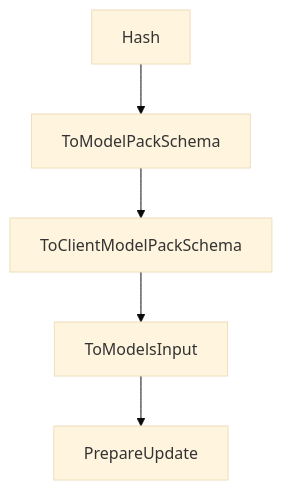
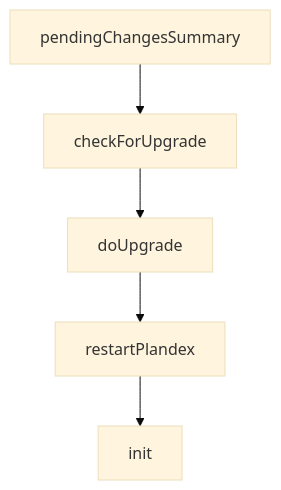
One commit to johnxie/awesome-code-docs changed the diagram in tutorials/plandex-tutorial/04-planning-execution-and-diff-sandbox.md. Above: the diagram before and after it, drawn with Mermaid (base theme). The commit also changed other lines of this file and 1232 other files, not shown here.

````diff
--- a/tutorials/plandex-tutorial/04-planning-execution-and-diff-sandbox.md
+++ b/tutorials/plandex-tutorial/04-planning-execution-and-diff-sandbox.md
@@ -200,12 +198,12 @@
 ```mermaid
 flowchart TD
-    A[Hash]
-    B[ToModelPackSchema]
-    C[ToClientModelPackSchema]
-    D[ToModelsInput]
-    E[PrepareUpdate]
+    A[pendingChangesSummary]
+    B[checkForUpgrade]
+    C[doUpgrade]
+    D[restartPlandex]
+    E[init]
     A --> B
     B --> C
     C --> D
     D --> E
 ```
````
